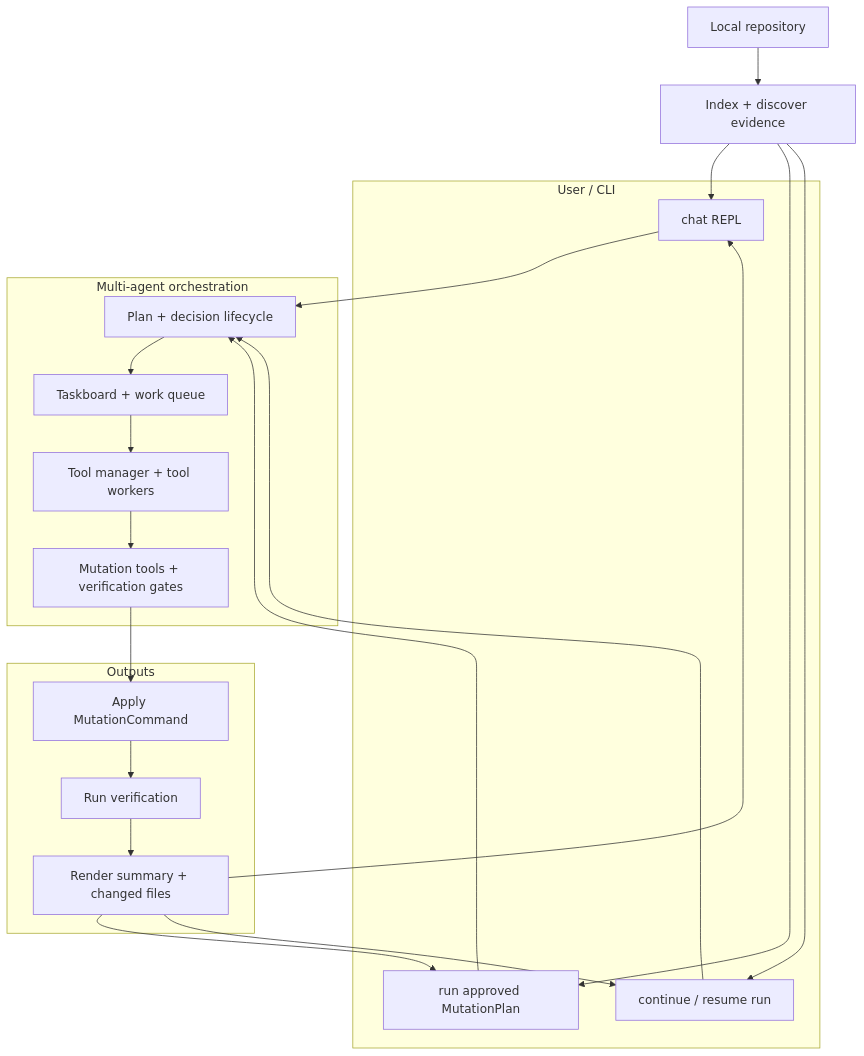
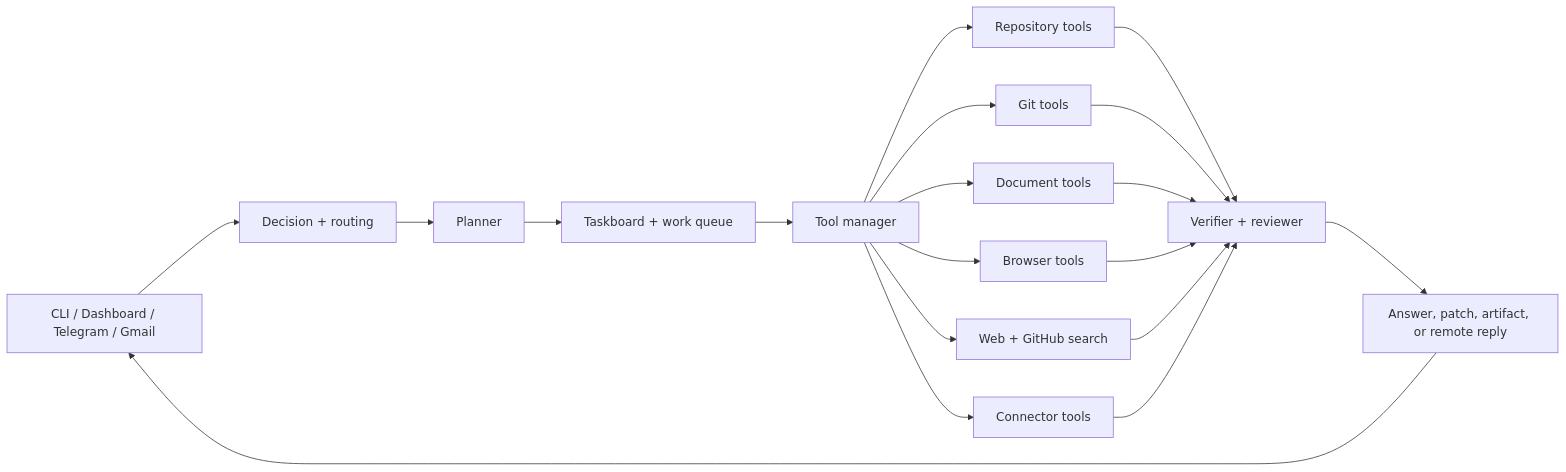
Before and after one commit to ah2727/mana-agent: the diagram in README.md, drawn with Mermaid. The commit also changed other lines of this file and 22 other files, not shown here.

Commit message:
Refine model decision routing and workflow handling

````diff
--- a/README.md
+++ b/README.md
@@ -300,43 +83,24 @@
 ```mermaid
-flowchart TD
-    A["Local repository"] --> B["Index + discover evidence"]
+flowchart LR
+    U["CLI / Dashboard / Telegram / Gmail"] --> D["Decision + routing"]
+    D --> P["Planner"]
+    P --> Q["Taskboard + work queue"]
+    Q --> T["Tool manager"]
 
-    subgraph UI["User / CLI"]
-        U1["chat REPL"]
-        U2["run approved MutationPlan"]
-        U3["continue / resume run"]
-    end
+    T --> R["Repository tools"]
+    T --> G["Git tools"]
+    T --> F["Document tools"]
+    T --> B["Browser tools"]
+    T --> S["Web + GitHub search"]
+    T --> C["Connector tools"]
 
-    B --> U1
-    B --> U2
-    B --> U3
+    R --> V["Verifier + reviewer"]
+    G --> V
+    F --> V
+    B --> V
+    S --> V
+    C --> V
 
-    subgraph Orchestrator["Multi-agent orchestration"]
-        P["Plan + decision lifecycle"]
-        WQ["Taskboard + work queue"]
-        TM["Tool manager + tool workers"]
-        RT["Mutation tools + verification gates"]
-    end
-
-    U1 --> P
-    U2 --> P
-    U3 --> P
-
-    P --> WQ
-    WQ --> TM
-    TM --> RT
-
-    subgraph Outputs["Outputs"]
-        M["Apply MutationCommand"]
-        V["Run verification"]
-        R["Render summary + changed files"]
-    end
-
-    RT --> M
-    M --> V
-    V --> R
-
-    R --> U1
-    R --> U2
-    R --> U3
+    V --> O["Answer, patch, artifact, or remote reply"]
+    O --> U
 ```
````
